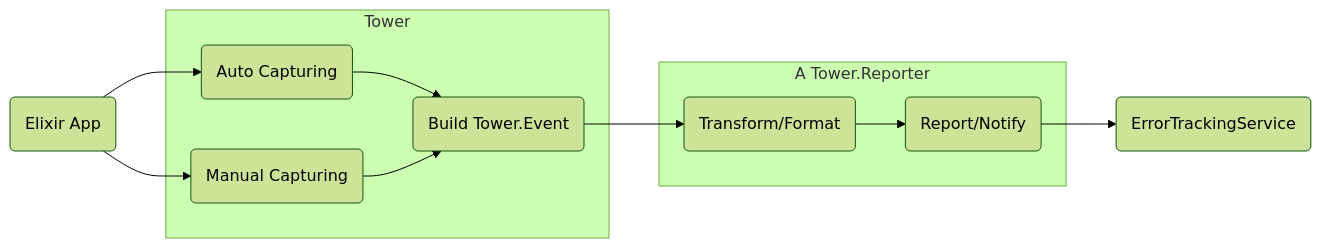
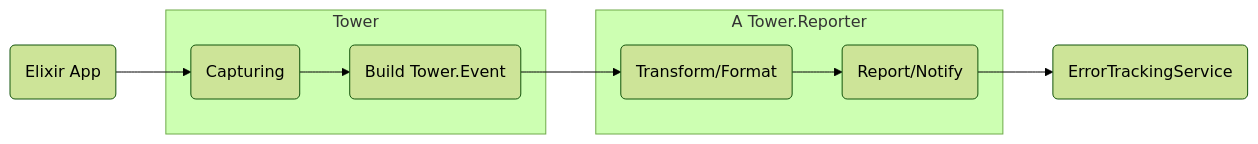
The second of 3 diagrams in README.md (mimiquate/tower), drawn with Mermaid (forest theme) before and after one commit. The commit also changed other lines of this file and 1 other file, not shown here.

````diff
--- a/README.md
+++ b/README.md
@@ -48,14 +46,12 @@
 ```mermaid
 flowchart LR;
-  A(Elixir App) --> B(Auto Capturing);
-  A --> C(Manual Capturing);
+  A(Elixir App) --> B(Capturing);
   subgraph Tower
-  B --> Z("Build Tower.Event");
-  C --> Z;
+  B --> C("Build Tower.Event");
   end
   subgraph A Tower.Reporter
-  Z --> D("Transform/Format");
+  C --> D("Transform/Format");
   D --> E("Report/Notify");
   end
   E --> F("ErrorTrackingService");
 ```
````
